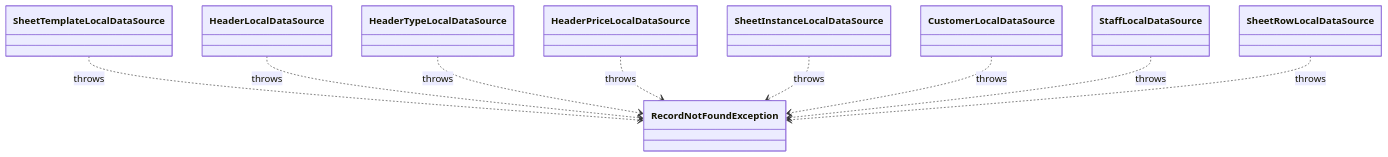
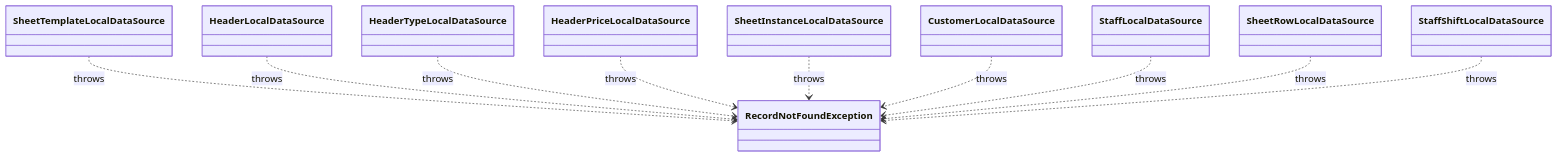
Before and after one commit to MinamiyamaKotaro/m3_pad: the diagram in docs/design/lib/src/core/errors/record_not_found_exception.md, drawn with Mermaid. The commit also changed other lines of this file and 35 other files, not shown here.

First line of the commit message:
Reflect payment method, staff shift, and daily summary specs into design docs

````diff
--- a/docs/design/lib/src/core/errors/record_not_found_exception.md
+++ b/docs/design/lib/src/core/errors/record_not_found_exception.md
@@ -14,11 +15,12 @@
 ```mermaid
 classDiagram
     SheetTemplateLocalDataSource ..> RecordNotFoundException : throws
     HeaderLocalDataSource ..> RecordNotFoundException : throws
     HeaderTypeLocalDataSource ..> RecordNotFoundException : throws
     HeaderPriceLocalDataSource ..> RecordNotFoundException : throws
     SheetInstanceLocalDataSource ..> RecordNotFoundException : throws
     CustomerLocalDataSource ..> RecordNotFoundException : throws
     StaffLocalDataSource ..> RecordNotFoundException : throws
     SheetRowLocalDataSource ..> RecordNotFoundException : throws
+    StaffShiftLocalDataSource ..> RecordNotFoundException : throws
 ```
````
